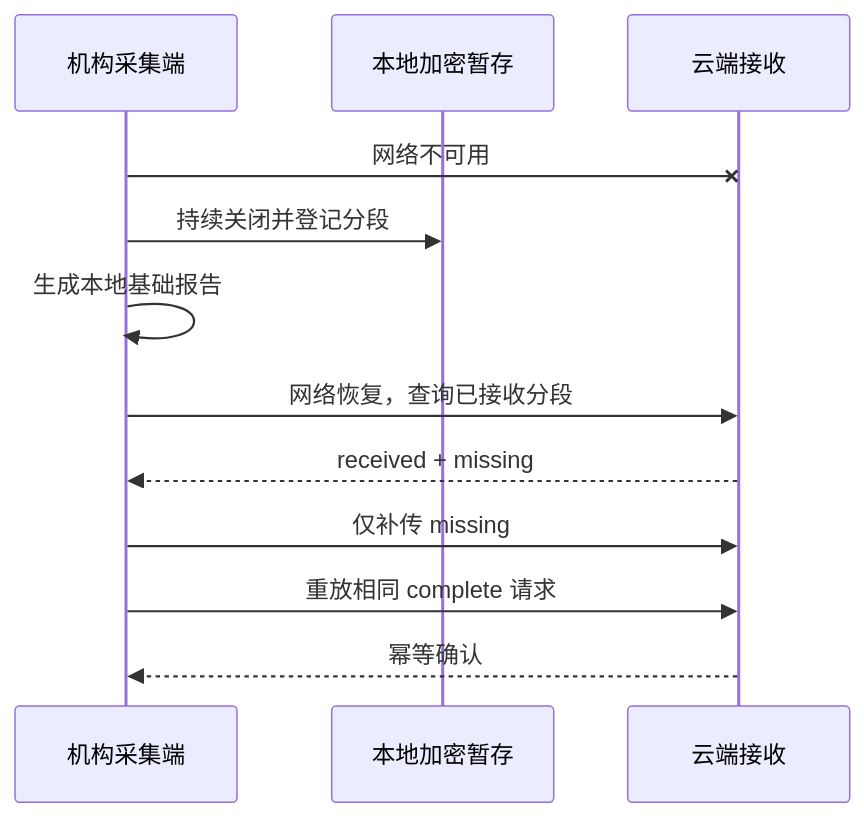
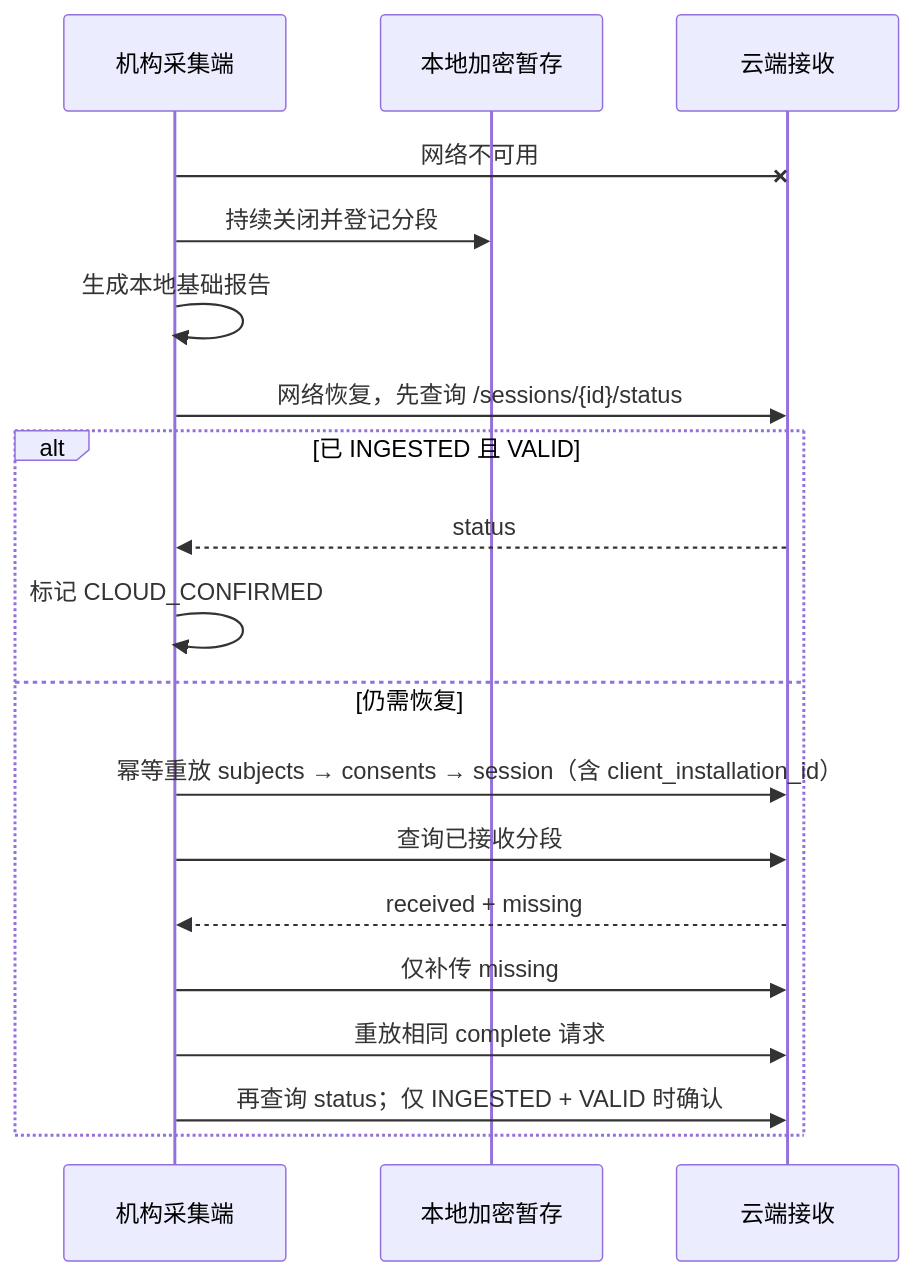
The third of 3 diagrams in docs/通信接口设计文档.md (RGu0/feet-force-plate), drawn with Mermaid before and after one commit. The commit also changed other lines of this file and 1 other file, not shown here.

````diff
--- a/docs/通信接口设计文档.md
+++ b/docs/通信接口设计文档.md
@@ -723,14 +745,21 @@
 ```mermaid
 sequenceDiagram
     participant C as 机构采集端
     participant S as 本地加密暂存
     participant I as 云端接收
     C-xI: 网络不可用
     C->>S: 持续关闭并登记分段
     C->>C: 生成本地基础报告
-    C->>I: 网络恢复，查询已接收分段
-    I-->>C: received + missing
-    C->>I: 仅补传 missing
-    C->>I: 重放相同 complete 请求
-    I-->>C: 幂等确认
+    C->>I: 网络恢复，先查询 /sessions/{id}/status
+    alt 已 INGESTED 且 VALID
+        I-->>C: status
+        C->>C: 标记 CLOUD_CONFIRMED
+    else 仍需恢复
+        C->>I: 幂等重放 subjects → consents → session（含 client_installation_id）
+        C->>I: 查询已接收分段
+        I-->>C: received + missing
+        C->>I: 仅补传 missing
+        C->>I: 重放相同 complete 请求
+        C->>I: 再查询 status；仅 INGESTED + VALID 时确认
+    end
 ```
````
